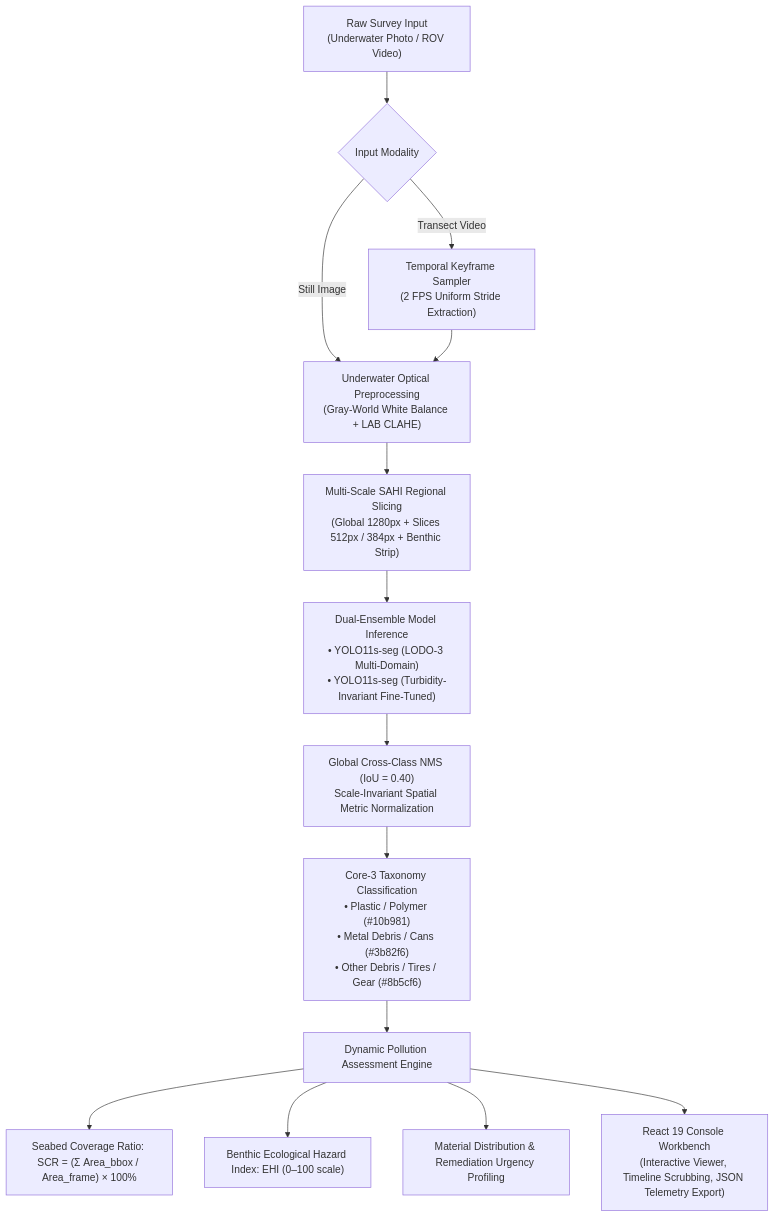
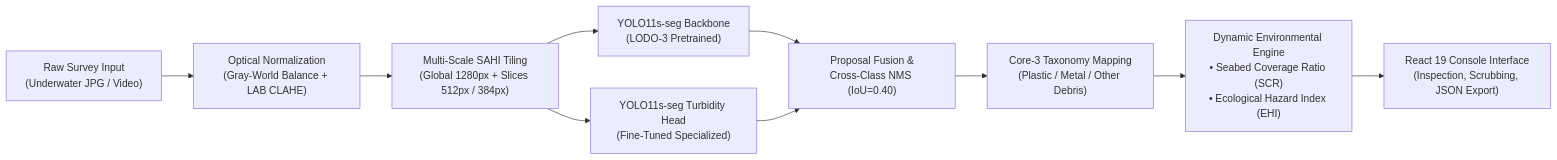
The diagram in README.md (adityajkate/underwater-marine-debris), drawn with Mermaid before and after one commit. The commit also changed other lines of this file and 1 other file, not shown here.

Commit message:
docs: premium academic README with animated telemetry banner and zero emojis

````diff
--- a/README.md
+++ b/README.md
@@ -31,23 +121,18 @@
 ```mermaid
-flowchart TD
-    A["Raw Survey Input\n(Underwater Photo / ROV Video)"] --> B{"Input Modality"}
+flowchart LR
+    A["Raw Survey Input\n(Underwater JPG / Video)"] --> B["Optical Normalization\n(Gray-World Balance + LAB CLAHE)"]
     
-    B -->|Still Image| C["Underwater Optical Preprocessing\n(Gray-World White Balance + LAB CLAHE)"]
-    B -->|Transect Video| V["Temporal Keyframe Sampler\n(2 FPS Uniform Stride Extraction)"]
-    V --> C
+    B --> C["Multi-Scale SAHI Tiling\n(Global 1280px + Slices 512px / 384px)"]
     
-    C --> D["Multi-Scale SAHI Regional Slicing\n(Global 1280px + Slices 512px / 384px + Benthic Strip)"]
+    C --> D1["YOLO11s-seg Backbone\n(LODO-3 Pretrained)"]
+    C --> D2["YOLO11s-seg Turbidity Head\n(Fine-Tuned Specialized)"]
     
-    D --> E["Dual-Ensemble Model Inference\n• YOLO11s-seg (LODO-3 Multi-Domain)\n• YOLO11s-seg (Turbidity-Invariant Fine-Tuned)"]
+    D1 --> E["Proposal Fusion &\nCross-Class NMS (IoU=0.40)"]
+    D2 --> E
     
-    E --> F["Global Cross-Class NMS (IoU = 0.40)\nScale-Invariant Spatial Metric Normalization"]
+    E --> F["Core-3 Taxonomy Mapping\n(Plastic / Metal / Other Debris)"]
     
-    F --> G["Core-3 Taxonomy Classification\n• Plastic / Polymer (#10b981)\n• Metal Debris / Cans (#3b82f6)\n• Other Debris / Tires / Gear (#8b5cf6)"]
+    F --> G["Dynamic Environmental Engine\n• Seabed Coverage Ratio (SCR)\n• Ecological Hazard Index (EHI)"]
     
-    G --> H["Dynamic Pollution Assessment Engine"]
-    H --> H1["Seabed Coverage Ratio: SCR = (Σ Area_bbox / Area_frame) × 100%"]
-    H --> H2["Benthic Ecological Hazard Index: EHI (0–100 scale)"]
-    H --> H3["Material Distribution & Remediation Urgency Profiling"]
-    
-    H --> I["React 19 Console Workbench\n(Interactive Viewer, Timeline Scrubbing, JSON Telemetry Export)"]
+    G --> H["React 19 Console Interface\n(Inspection, Scrubbing, JSON Export)"]
 ```
````
